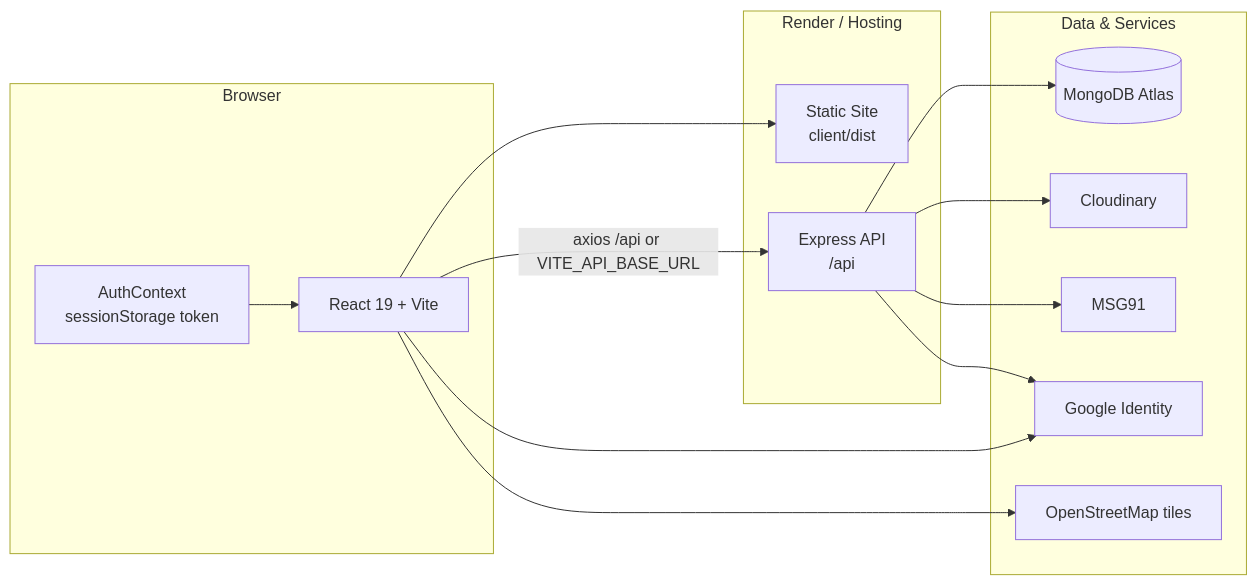
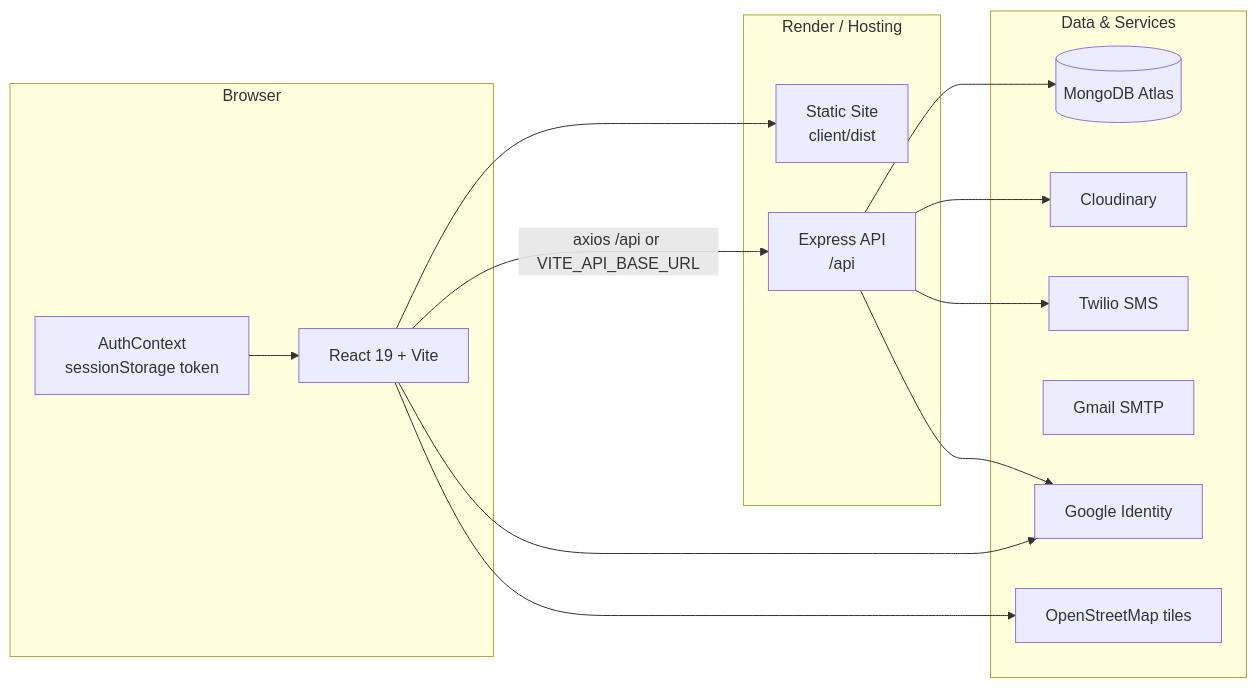
One commit to NishanthPechimuthu/Foodlink changed the first of 4 diagrams in C and S/PROJECT_DOCUMENTATION.md. Above: the diagram before and after it, drawn with Mermaid. The commit also changed other lines of this file and 39 other files, not shown here.

Commit message:
Add email verification, Gmail SMTP/Twilio OTP, and two-party collection codes

````diff
--- a/C and S/PROJECT_DOCUMENTATION.md
+++ b/C and S/PROJECT_DOCUMENTATION.md
@@ -196,30 +198,31 @@
 ```mermaid
 flowchart LR
     subgraph Browser
         UI[React 19 + Vite]
         CTX[AuthContext<br/>sessionStorage token]
     end
 
     subgraph Render / Hosting
         STATIC[Static Site<br/>client/dist]
         API[Express API<br/>/api]
     end
 
     subgraph Data & Services
         DB[(MongoDB Atlas)]
         CL[Cloudinary]
-        SMS[MSG91]
+        SMS[Twilio SMS]
+        MAIL[Gmail SMTP]
         GOOG[Google Identity]
         OSM[OpenStreetMap tiles]
     end
 
     UI --> STATIC
     UI -->|axios /api or VITE_API_BASE_URL| API
     CTX --> UI
     API --> DB
     API --> CL
     API --> SMS
     UI --> GOOG
     API --> GOOG
     UI --> OSM
 ```
````
